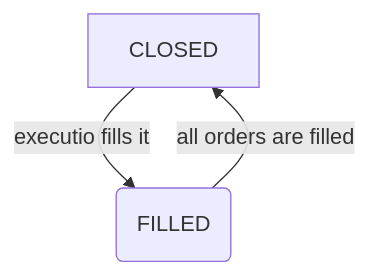
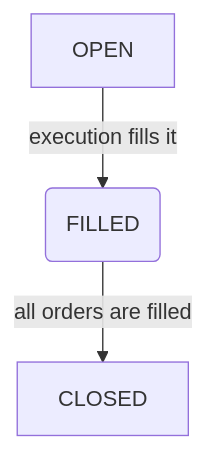
The second of 2 diagrams in README.md (vernetto/orderbook), drawn with Mermaid before and after one commit.

Commit message:
mermaid state diagram 2

````diff
--- a/README.md
+++ b/README.md
@@ -51,5 +51,5 @@
 ```mermaid
 graph TD
-    A[OPEN] -->|executio fills it| B(FILLED)
-    B(FILLED) -->|all orders are filled| A[CLOSED]
+    A[OPEN] -->|execution fills it| B(FILLED)
+    B(FILLED) -->|all orders are filled| C[CLOSED]
 ``` 
````
